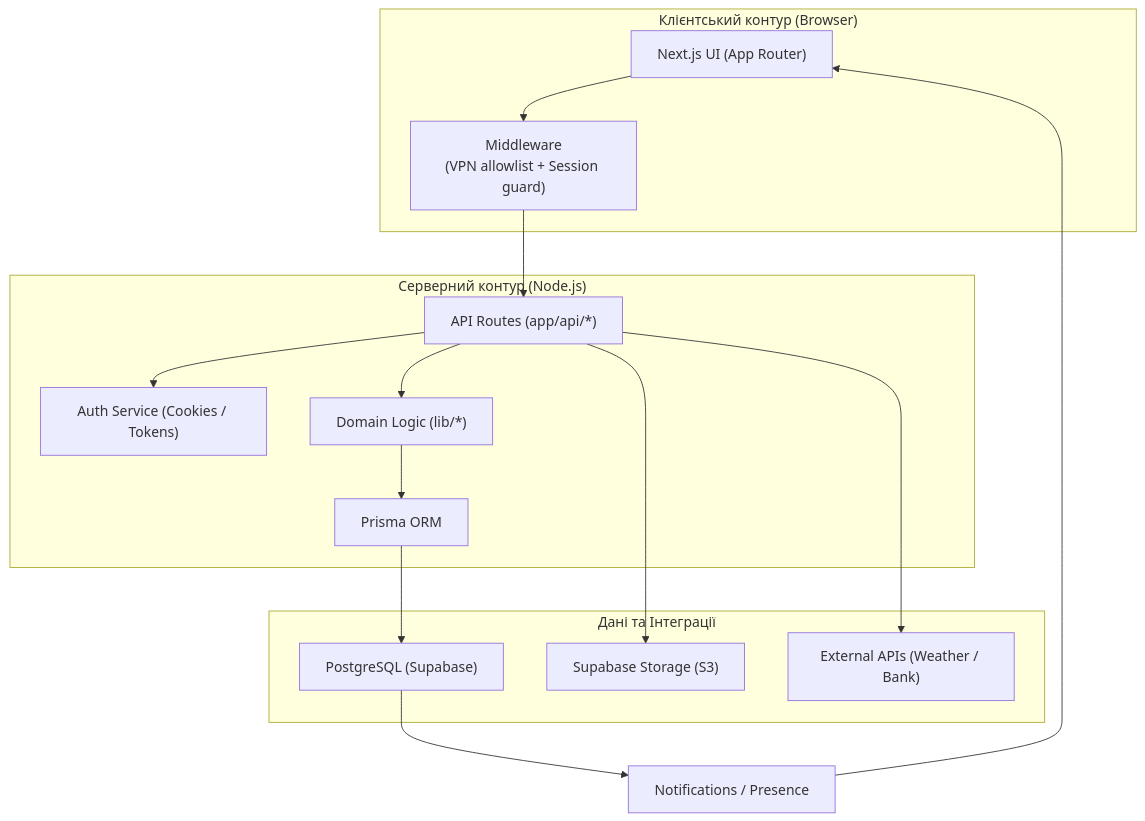
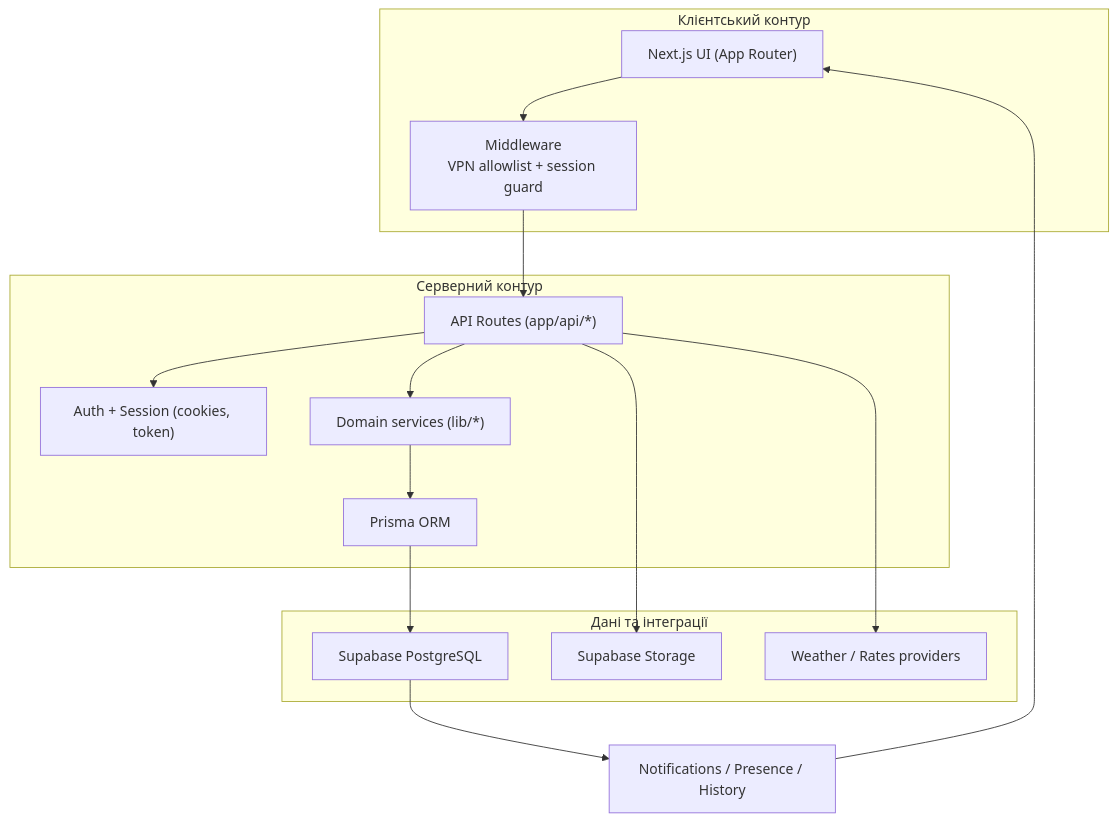
The first of 4 diagrams in README.md (xxxquide/Agroplus_Practice), drawn with Mermaid before and after one commit. The commit also changed other lines of this file, not shown here.

````diff
--- a/README.md
+++ b/README.md
@@ -61,31 +45,31 @@
 ```mermaid
 flowchart TB
-  subgraph C["Клієнтський контур (Browser)"]
+  subgraph C["Клієнтський контур"]
     UI["Next.js UI (App Router)"]
-    MW["Middleware<br/>(VPN allowlist + Session guard)"]
+    MW["Middleware<br/>VPN allowlist + session guard"]
     UI --> MW
   end
 
-  subgraph S["Серверний контур (Node.js)"]
+  subgraph S["Серверний контур"]
     API["API Routes (app/api/*)"]
-    AUTH["Auth Service (Cookies / Tokens)"]
-    DOMAIN["Domain Logic (lib/*)"]
+    AUTH["Auth + Session (cookies, token)"]
+    DOMAIN["Domain services (lib/*)"]
     PRISMA["Prisma ORM"]
     MW --> API
     API --> AUTH
     API --> DOMAIN
     DOMAIN --> PRISMA
   end
 
-  subgraph D["Дані та Інтеграції"]
-    PG["PostgreSQL (Supabase)"]
-    ST["Supabase Storage (S3)"]
-    EXT["External APIs (Weather / Bank)"]
+  subgraph D["Дані та інтеграції"]
+    PG["Supabase PostgreSQL"]
+    ST["Supabase Storage"]
+    EXT["Weather / Rates providers"]
     PRISMA --> PG
     API --> ST
     API --> EXT
   end
 
-  PG --> NOTIF["Notifications / Presence"]
+  PG --> NOTIF["Notifications / Presence / History"]
   NOTIF --> UI
 ```
````
